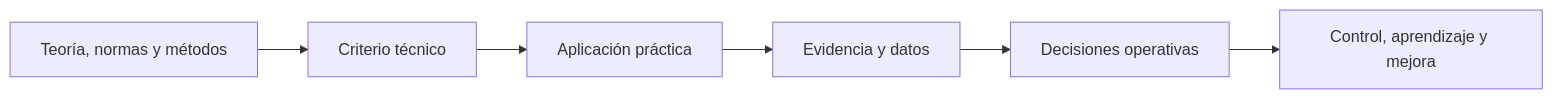
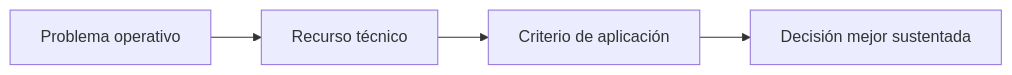
Before and after one commit to fjgonzalezmgt/fjgonzalezmgt: the first of 2 diagrams in TECHNICAL_LIBRARY.md, drawn with Mermaid. The commit also changed other lines of this file, not shown here.

````diff
--- a/TECHNICAL_LIBRARY.md
+++ b/TECHNICAL_LIBRARY.md
@@ -25,8 +27,6 @@
 ```mermaid
 flowchart LR
-    A[Teoría, normas y métodos] --> B[Criterio técnico]
-    B --> C[Aplicación práctica]
-    C --> D[Evidencia y datos]
-    D --> E[Decisiones operativas]
-    E --> F[Control, aprendizaje y mejora]
+    A[Problema operativo] --> B[Recurso técnico]
+    B --> C[Criterio de aplicación]
+    C --> D[Decisión mejor sustentada]
 ```
````
